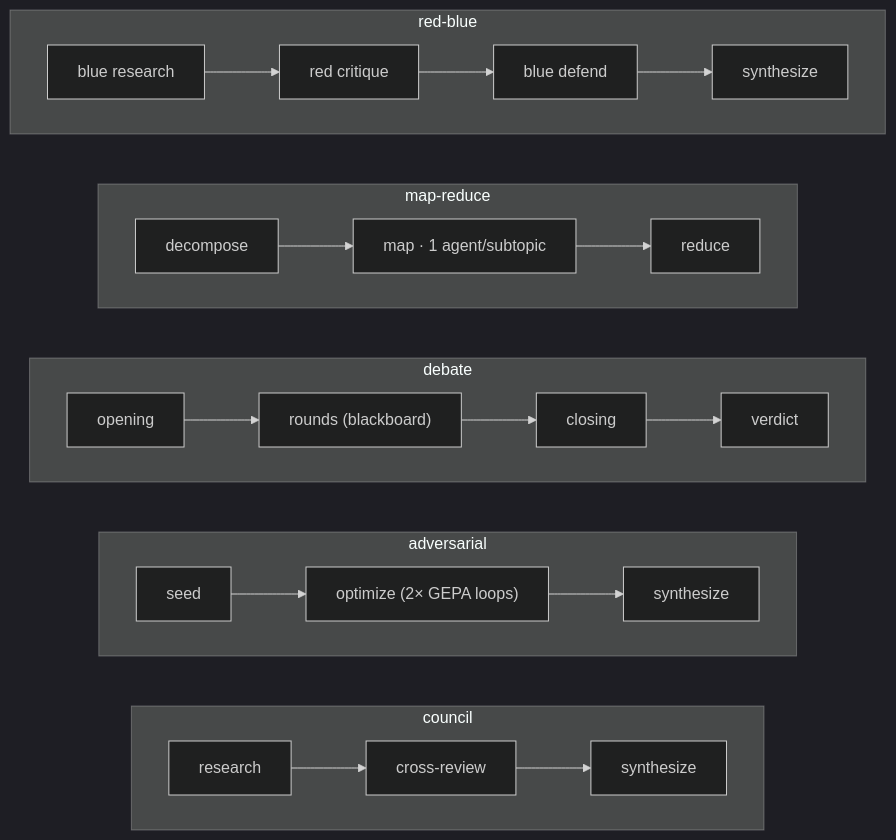
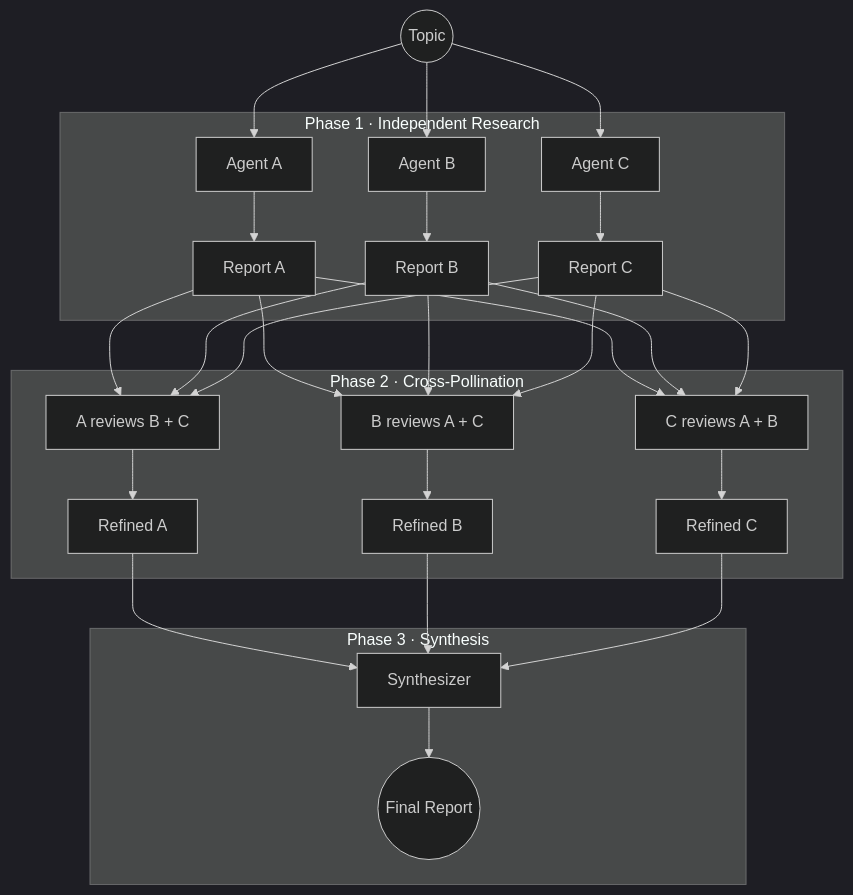
One commit to adityavkk/ivory-tower changed the first of 2 diagrams in README.md. Above: the diagram before and after it, drawn with Mermaid (dark theme). The commit also changed other lines of this file, not shown here.

Commit message:
docs: add council + adversarial mermaid diagrams, mark debate/map-reduce/red-blue as planned

````diff
--- a/README.md
+++ b/README.md
@@ -7,27 +13,22 @@
 ```mermaid
-graph LR
-    subgraph council
-        direction LR
-        C1[research] --> C2[cross-review] --> C3[synthesize]
+graph TD
+    T((Topic)) --> A[Agent A] & B[Agent B] & C[Agent C]
+
+    subgraph "Phase 1 · Independent Research"
+        A --> RA[Report A]
+        B --> RB[Report B]
+        C --> RC[Report C]
     end
 
-    subgraph adversarial
-        direction LR
-        A1[seed] --> A2["optimize (2× GEPA loops)"] --> A3[synthesize]
+    subgraph "Phase 2 · Cross-Pollination"
+        RA & RB & RC --> XA[A reviews B + C] & XB[B reviews A + C] & XC[C reviews A + B]
+        XA --> RA2[Refined A]
+        XB --> RB2[Refined B]
+        XC --> RC2[Refined C]
     end
 
-    subgraph debate
-        direction LR
-        D1[opening] --> D2["rounds (blackboard)"] --> D3[closing] --> D4[verdict]
-    end
-
-    subgraph map-reduce
-        direction LR
-        M1[decompose] --> M2[map · 1 agent/subtopic] --> M3[reduce]
-    end
-
-    subgraph red-blue
-        direction LR
-        R1[blue research] --> R2[red critique] --> R3[blue defend] --> R4[synthesize]
+    subgraph "Phase 3 · Synthesis"
+        RA2 & RB2 & RC2 --> SYN[Synthesizer]
+        SYN --> FR((Final Report))
     end
 ```
````
